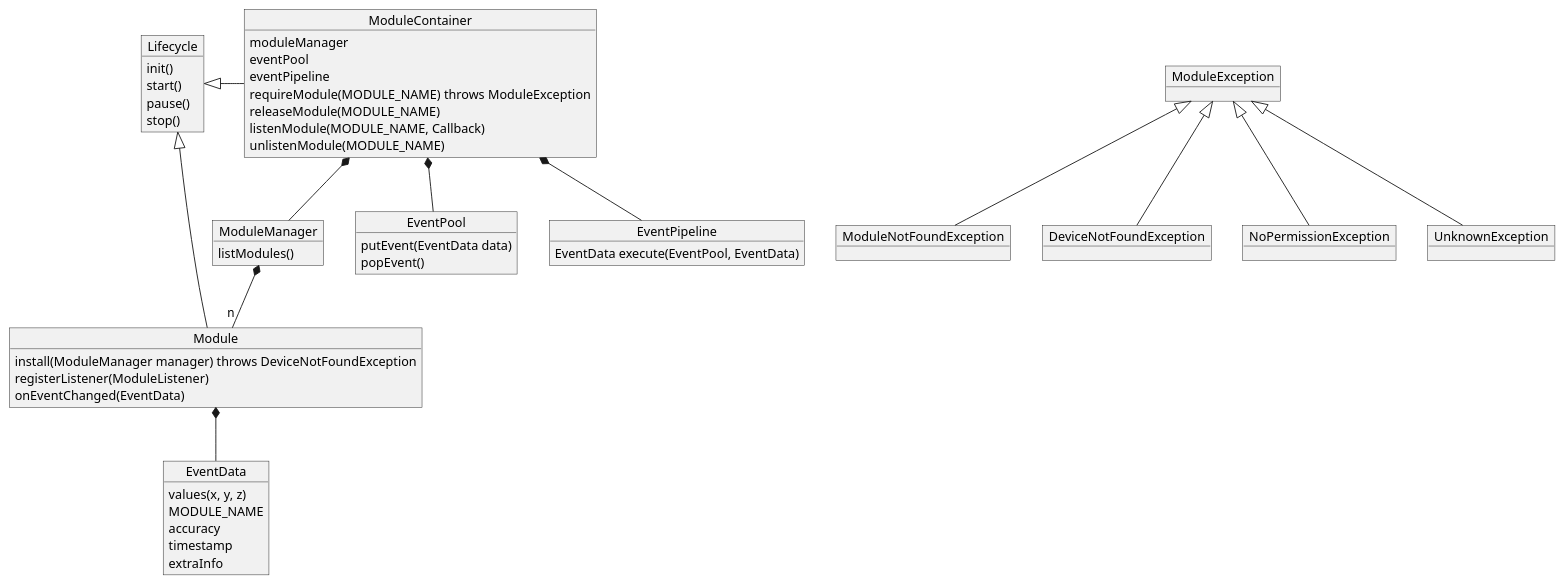
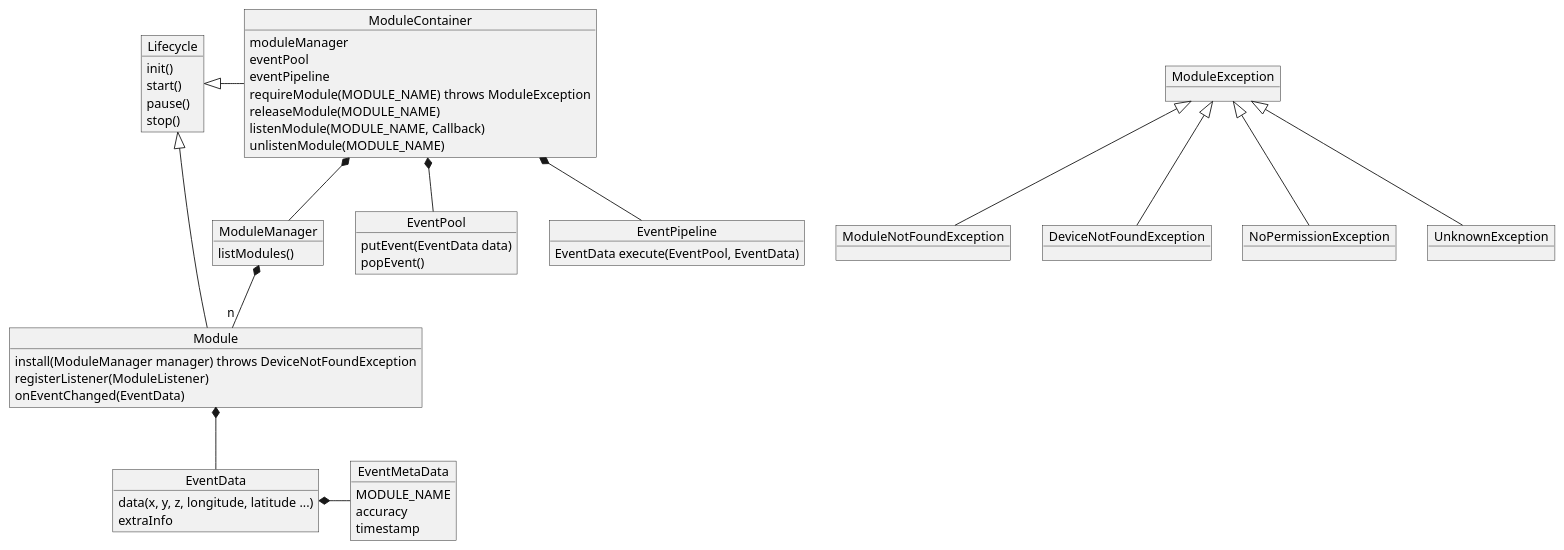
Before and after one commit to huangfengjing/plantuml: the diagram in sensor_level.puml, drawn with PlantUML.

Commit message:
细化模型

```diff
--- a/sensor_level.puml
+++ b/sensor_level.puml
@@ -1,59 +1,62 @@
 @startuml
 object Lifecycle {
     init()
     start()
     pause()
     stop()
 }
 object ModuleContainer {
     moduleManager
     eventPool
     eventPipeline
     requireModule(MODULE_NAME) throws ModuleException
     releaseModule(MODULE_NAME)
     listenModule(MODULE_NAME, Callback)
     unlistenModule(MODULE_NAME)
 }
 object ModuleManager {
     listModules()
 }
 object EventPool {
     putEvent(EventData data)
     popEvent()
 }
 object EventPipeline {
     EventData execute(EventPool, EventData)
 }
 object Module {
     install(ModuleManager manager) throws DeviceNotFoundException
     registerListener(ModuleListener)
     onEventChanged(EventData)
 }
 object EventData {
-    values(x, y, z)
+    data(x, y, z, longitude, latitude ...)
+    extraInfo
+}
+object EventMetaData {
     MODULE_NAME
     accuracy
     timestamp
-    extraInfo
 }
 
 
 Lifecycle <|-right- ModuleContainer
 Lifecycle <|-- Module
 ModuleContainer *-- ModuleManager
 ModuleContainer *-- EventPool
 ModuleContainer *-- EventPipeline
 ModuleManager *-- "n" Module
 Module *-- EventData
+EventData *-right- EventMetaData
 
 
 object ModuleException
 object ModuleNotFoundException
 object DeviceNotFoundException
 object NoPermissionException
 object UnknownException
 ModuleException <|-- ModuleNotFoundException
 ModuleException <|-- DeviceNotFoundException
 ModuleException <|-- NoPermissionException
 ModuleException <|-- UnknownException
 @enduml
```
